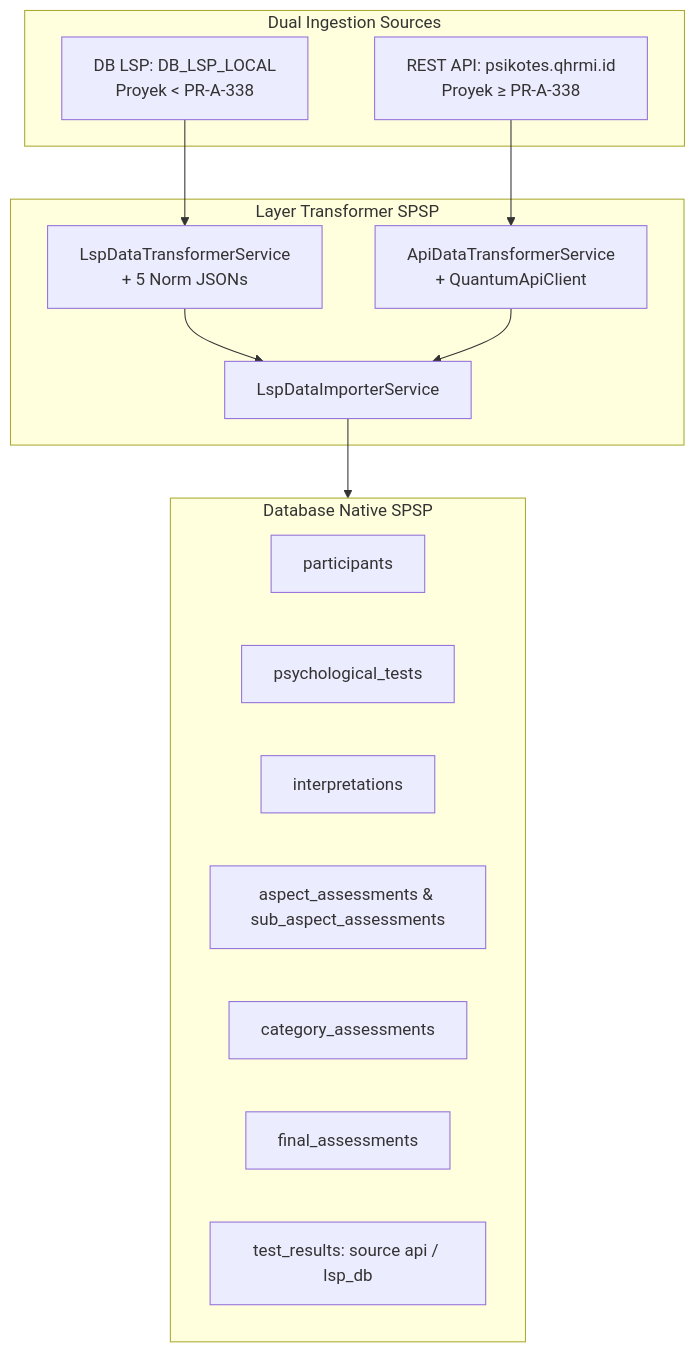
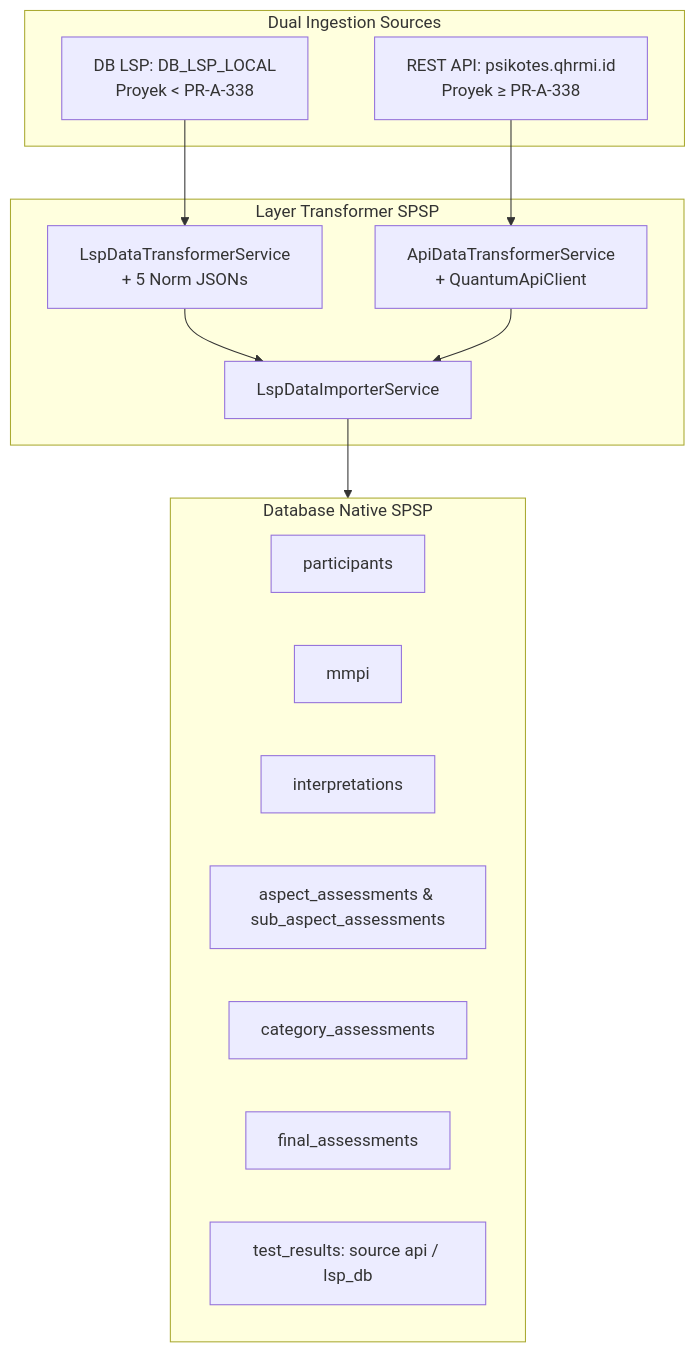
One commit to RnDQuantum/spsp_new changed the diagram in docs/lsp_integration/INTEGRATION_GUIDE.md. Above: the diagram before and after it, drawn with Mermaid. The commit also changed 14 other files, not shown here.

First line of the commit message:
refactor(lsp): rename PsychologicalTest to Mmpi model and table

````diff
--- a/docs/lsp_integration/INTEGRATION_GUIDE.md
+++ b/docs/lsp_integration/INTEGRATION_GUIDE.md
@@ -29,29 +29,29 @@
 ```mermaid
 flowchart TD
     subgraph INGESTION_SOURCES [Dual Ingestion Sources]
         A1[DB LSP: DB_LSP_LOCAL\nProyek < PR-A-338]
         A2[REST API: psikotes.qhrmi.id\nProyek ≥ PR-A-338]
     end
 
     subgraph SPSP_TRANSFORMERS [Layer Transformer SPSP]
         B1[LspDataTransformerService\n+ 5 Norm JSONs]
         B2[ApiDataTransformerService\n+ QuantumApiClient]
         B3[LspDataImporterService]
     end
 
     subgraph SPSP_DATABASE [Database Native SPSP]
         C1[participants]
-        C2[psychological_tests]
+        C2[mmpi]
         C3[interpretations]
         C4[aspect_assessments & sub_aspect_assessments]
         C5[category_assessments]
         C6[final_assessments]
         C7[test_results: source api / lsp_db]
     end
 
     A1 --> B1
     A2 --> B2
     B1 --> B3
     B2 --> B3
     B3 --> SPSP_DATABASE
 ```
````
